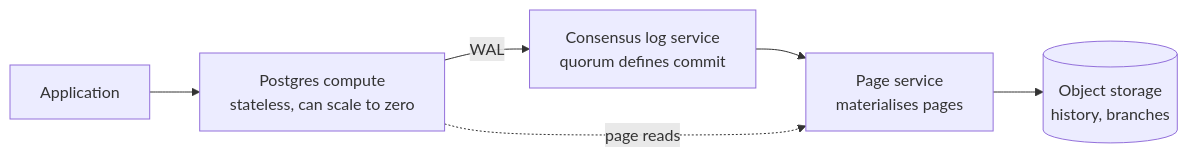
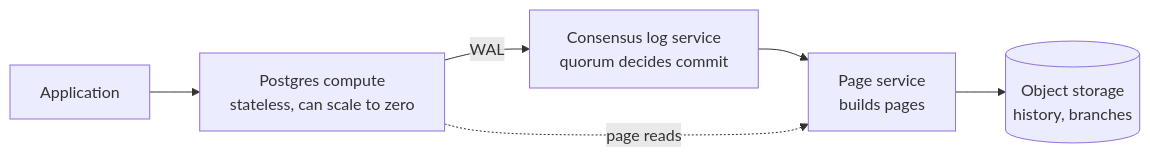
One commit to ryannel/staycurrent changed the second of 2 diagrams in topics/databases/article.md. Above: the diagram before and after it, drawn with Mermaid. The commit also changed other lines of this file and 3 other files, not shown here.

````diff
--- a/topics/databases/article.md
+++ b/topics/databases/article.md
@@ -115,8 +109,8 @@
 ```mermaid
 graph LR
     App[Application] --> PG[Postgres compute<br/>stateless, can scale to zero]
-    PG -->|WAL| SK[Consensus log service<br/>quorum defines commit]
-    SK --> PS[Page service<br/>materialises pages]
+    PG -->|WAL| SK[Consensus log service<br/>quorum decides commit]
+    SK --> PS[Page service<br/>builds pages]
     PS --> OS[(Object storage<br/>history, branches)]
     PG -.->|page reads| PS
 ```
````
